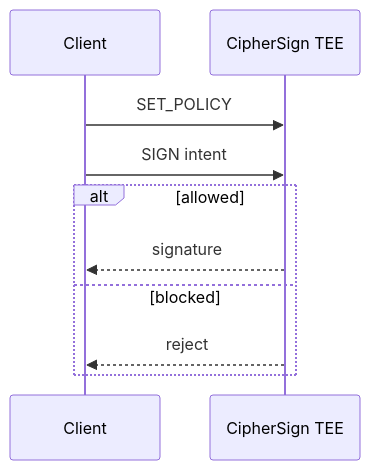
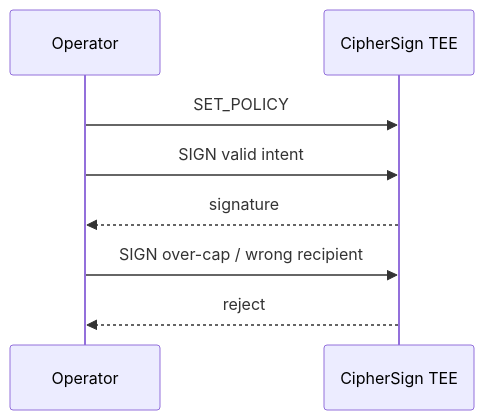
Before and after one commit to thesithunyein/cipher-sign: the second of 2 diagrams in README.md, drawn with Mermaid. The commit also changed other lines of this file and 3 other files, not shown here.

````diff
--- a/README.md
+++ b/README.md
@@ -59,12 +114,10 @@
 ```mermaid
 sequenceDiagram
-  participant C as Client
-  participant T as CipherSign TEE
-  C->>T: SET_POLICY
-  C->>T: SIGN intent
-  alt allowed
-    T-->>C: signature
-  else blocked
-    T-->>C: reject
-  end
+  participant Ops as Operator
+  participant TEE as CipherSign TEE
+  Ops->>TEE: SET_POLICY
+  Ops->>TEE: SIGN valid intent
+  TEE-->>Ops: signature
+  Ops->>TEE: SIGN over-cap / wrong recipient
+  TEE-->>Ops: reject
 ```
````
